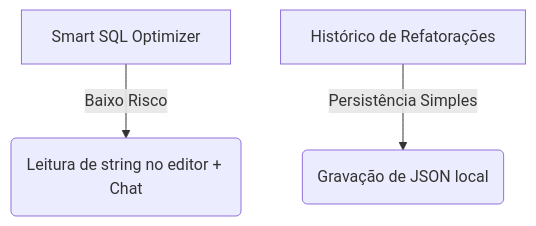
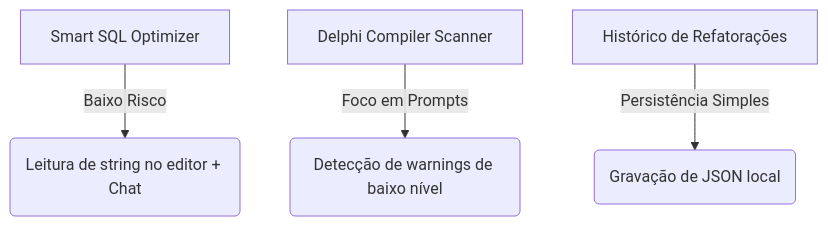
One commit to onyxadm/RadIA-Plugin changed the diagram in docs/feature_prioritization_matrix.md. Above: the diagram before and after it, drawn with Mermaid. The commit also changed other lines of this file and 2 other files, not shown here.

Commit message:
docs: add diagnostic and trace resolver features to roadmap and matrix

````diff
--- a/docs/feature_prioritization_matrix.md
+++ b/docs/feature_prioritization_matrix.md
@@ -39,5 +42,6 @@
 ```mermaid
 graph TD
-    C[Smart SQL Optimizer] -->|Baixo Risco| D(Leitura de string no editor + Chat)
+    A[Smart SQL Optimizer] -->|Baixo Risco| B(Leitura de string no editor + Chat)
+    C[Delphi Compiler Scanner] -->|Foco em Prompts| D(Detecção de warnings de baixo nível)
     E[Histórico de Refatorações] -->|Persistência Simples| F(Gravação de JSON local)
 ```
````
